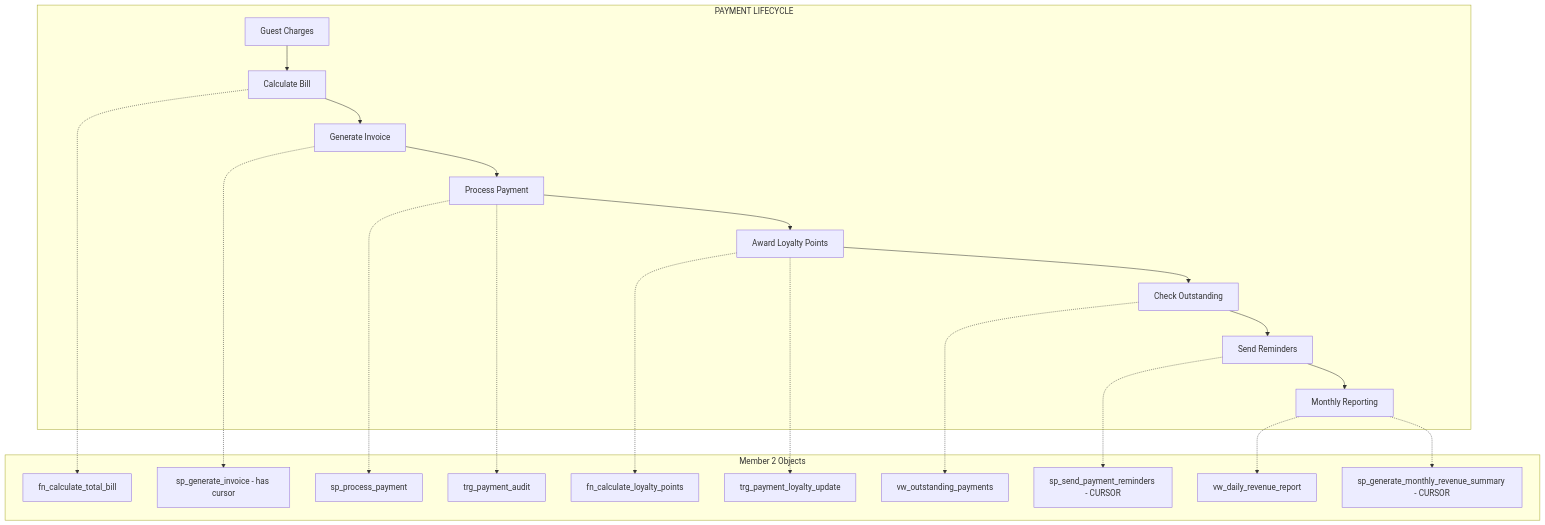
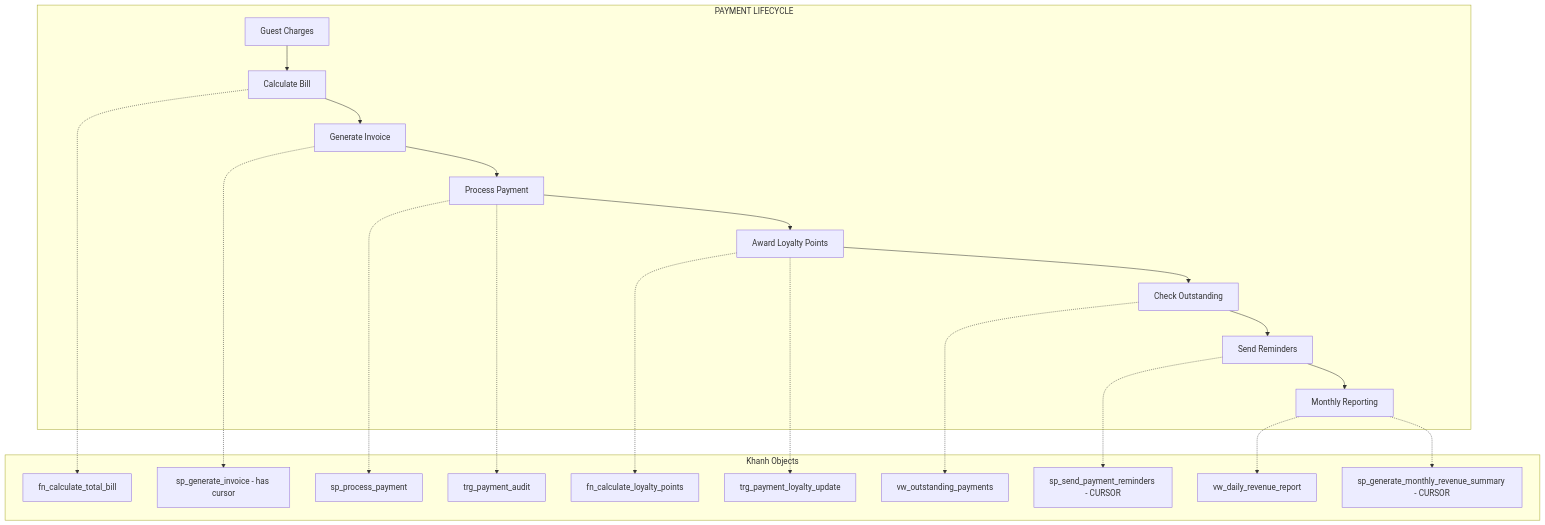
The second of 4 diagrams in MEMBER_BUSINESS_PROCESS_VERIFICATION.md (LoudlyDawn2108/FantasticHotel), drawn with Mermaid before and after one commit. The commit also changed other lines of this file and 23 other files, not shown here.

````diff
--- a/MEMBER_BUSINESS_PROCESS_VERIFICATION.md
+++ b/MEMBER_BUSINESS_PROCESS_VERIFICATION.md
@@ -70,25 +70,25 @@
 ```mermaid
 flowchart TB
     subgraph "PAYMENT LIFECYCLE"
         A[Guest Charges] --> B[Calculate Bill]
         B --> C[Generate Invoice]
         C --> D[Process Payment]
         D --> E[Award Loyalty Points]
         E --> F[Check Outstanding]
         F --> G[Send Reminders]
         G --> H[Monthly Reporting]
     end
     
-    subgraph "Member 2 Objects"
+    subgraph "Khanh Objects"
         B -.-> FN1[fn_calculate_total_bill]
         C -.-> SP2[sp_generate_invoice - has cursor]
         D -.-> SP1[sp_process_payment]
         D -.-> TR2[trg_payment_audit]
         E -.-> FN2[fn_calculate_loyalty_points]
         E -.-> TR1[trg_payment_loyalty_update]
         F -.-> VW2[vw_outstanding_payments]
         G -.-> CUR1[sp_send_payment_reminders - CURSOR]
         H -.-> VW1[vw_daily_revenue_report]
         H -.-> CUR2[sp_generate_monthly_revenue_summary - CURSOR]
     end
 ```
````
